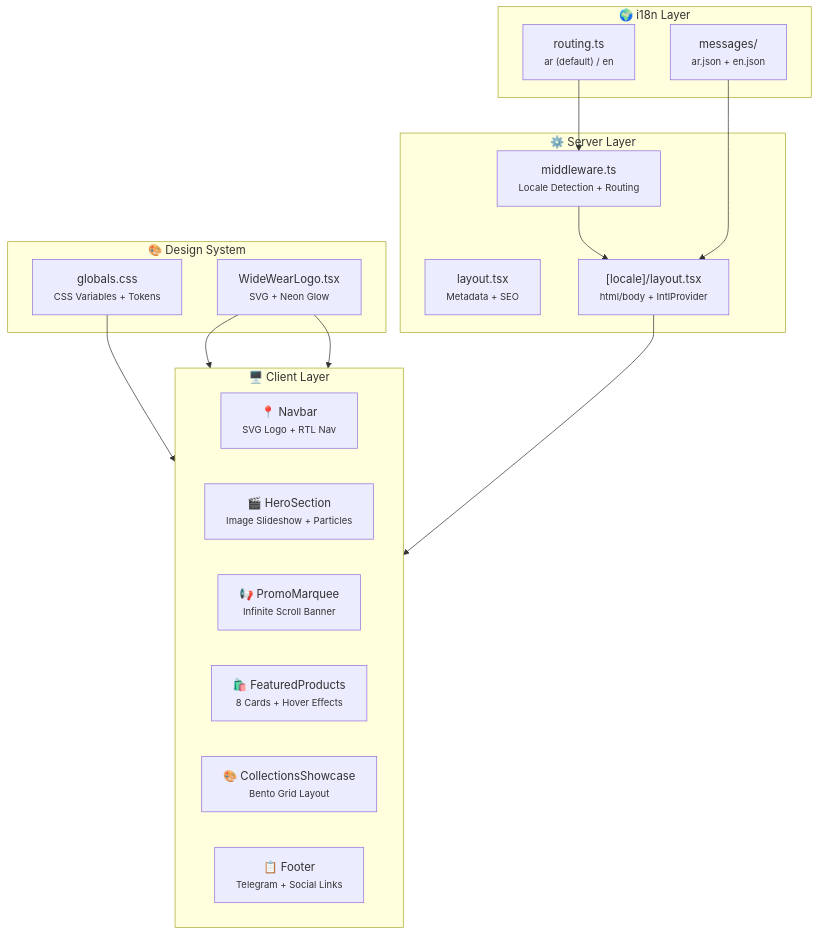
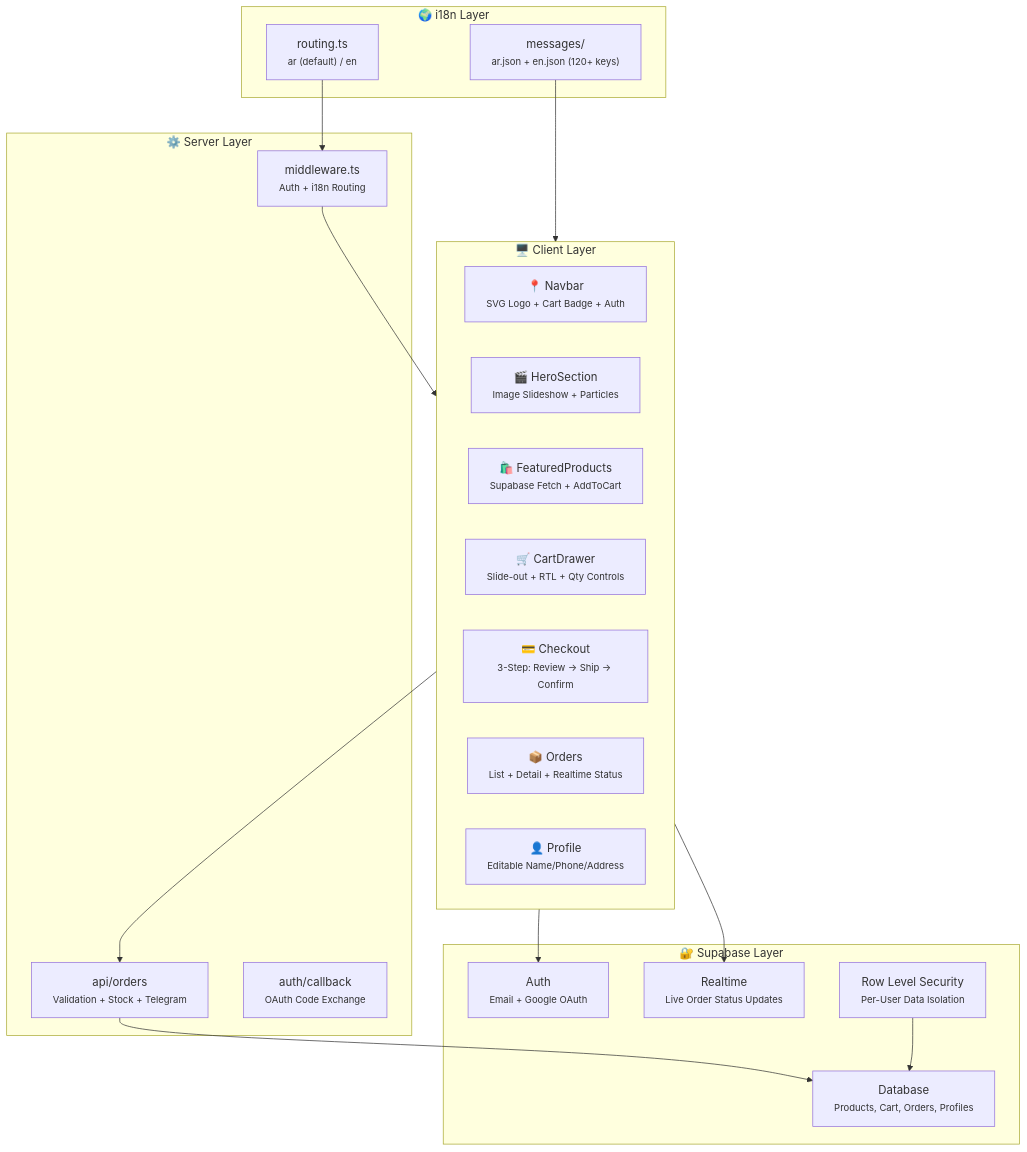
One commit to Moeabdelaziz007/WideWear changed the diagram in README.md. Above: the diagram before and after it, drawn with Mermaid. The commit also changed other lines of this file and 4 other files, not shown here.

````diff
--- a/README.md
+++ b/README.md
@@ -105,36 +111,40 @@
 ```mermaid
 graph TB
     subgraph Client["🖥️ Client Layer"]
         direction LR
-        Navbar["📍 Navbar<br/><small>SVG Logo + RTL Nav</small>"]
+        Navbar["📍 Navbar<br/><small>SVG Logo + Cart Badge + Auth</small>"]
         Hero["🎬 HeroSection<br/><small>Image Slideshow + Particles</small>"]
-        Promo["📢 PromoMarquee<br/><small>Infinite Scroll Banner</small>"]
-        Products["🛍️ FeaturedProducts<br/><small>8 Cards + Hover Effects</small>"]
-        Collections["🎨 CollectionsShowcase<br/><small>Bento Grid Layout</small>"]
-        Footer["📋 Footer<br/><small>Telegram + Social Links</small>"]
+        Products["🛍️ FeaturedProducts<br/><small>Supabase Fetch + AddToCart</small>"]
+        CartDrawer["🛒 CartDrawer<br/><small>Slide-out + RTL + Qty Controls</small>"]
+        Checkout["💳 Checkout<br/><small>3-Step: Review → Ship → Confirm</small>"]
+        Orders["📦 Orders<br/><small>List + Detail + Realtime Status</small>"]
+        Profile["👤 Profile<br/><small>Editable Name/Phone/Address</small>"]
     end
 
     subgraph Server["⚙️ Server Layer"]
-        RootLayout["layout.tsx<br/><small>Metadata + SEO</small>"]
-        LocaleLayout["[locale]/layout.tsx<br/><small>html/body + IntlProvider</small>"]
-        Middleware["middleware.ts<br/><small>Locale Detection + Routing</small>"]
+        Middleware["middleware.ts<br/><small>Auth + i18n Routing</small>"]
+        OrderAPI["api/orders<br/><small>Validation + Stock + Telegram</small>"]
+        AuthCallback["auth/callback<br/><small>OAuth Code Exchange</small>"]
+    end
+
+    subgraph Supabase["🔐 Supabase Layer"]
+        Auth["Auth<br/><small>Email + Google OAuth</small>"]
+        DB["Database<br/><small>Products, Cart, Orders, Profiles</small>"]
+        Realtime["Realtime<br/><small>Live Order Status Updates</small>"]
+        RLS["Row Level Security<br/><small>Per-User Data Isolation</small>"]
     end
 
     subgraph i18n["🌍 i18n Layer"]
         Routing["routing.ts<br/><small>ar (default) / en</small>"]
-        Messages["messages/<br/><small>ar.json + en.json</small>"]
+        Messages["messages/<br/><small>ar.json + en.json (120+ keys)</small>"]
     end
 
-    subgraph Design["🎨 Design System"]
-        CSS["globals.css<br/><small>CSS Variables + Tokens</small>"]
-        Logo["WideWearLogo.tsx<br/><small>SVG + Neon Glow</small>"]
-    end
-
-    Middleware --> LocaleLayout
-    LocaleLayout --> Client
+    Middleware --> Client
+    Client --> OrderAPI
+    OrderAPI --> DB
+    Client --> Auth
+    Client --> Realtime
     Routing --> Middleware
-    Messages --> LocaleLayout
-    CSS --> Client
-    Logo --> Navbar
-    Logo --> Footer
+    Messages --> Client
+    RLS --> DB
 ```
````
